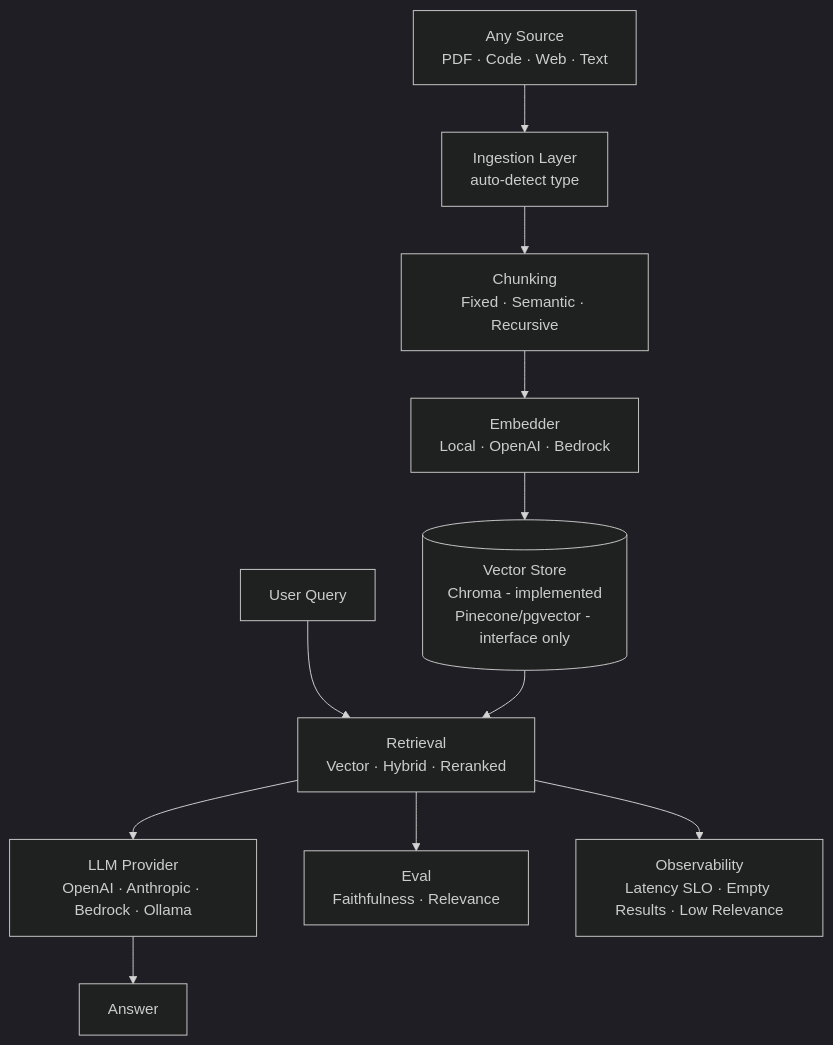
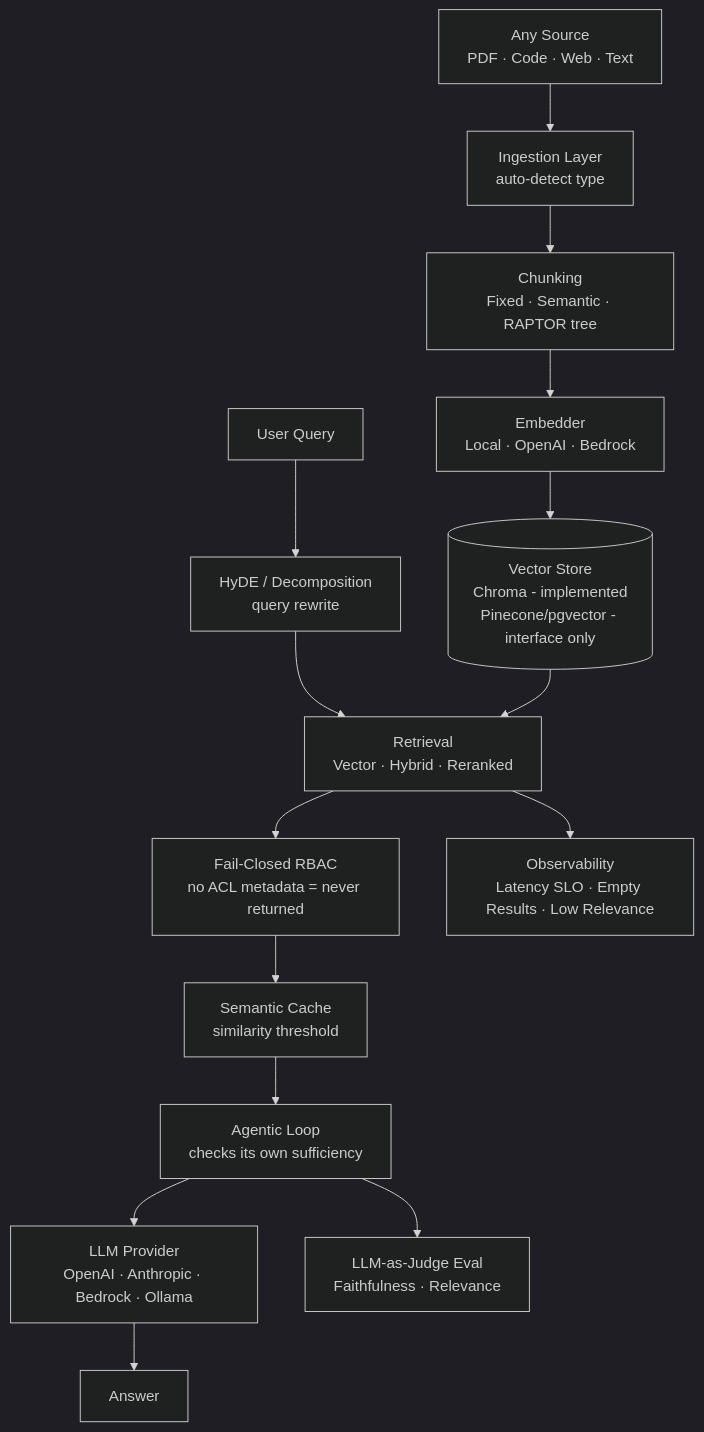
Before and after one commit to TushGoel/rag-patterns: the diagram in README.md, drawn with Mermaid (dark theme).

Commit message:
docs: update architecture diagram to include RAPTOR, HyDE, agentic loop, RBAC, semantic caching

````diff
--- a/README.md
+++ b/README.md
@@ -26,15 +26,20 @@
 ```mermaid
 graph TD
     A[Any Source\nPDF · Code · Web · Text] --> B[Ingestion Layer\nauto-detect type]
-    B --> C[Chunking\nFixed · Semantic · Recursive]
+    B --> C[Chunking\nFixed · Semantic · RAPTOR tree]
     C --> D[Embedder\nLocal · OpenAI · Bedrock]
     D --> E[(Vector Store\nChroma - implemented\nPinecone/pgvector - interface only)]
 
-    F[User Query] --> G[Retrieval\nVector · Hybrid · Reranked]
+    F[User Query] --> F2[HyDE / Decomposition\nquery rewrite]
+    F2 --> G[Retrieval\nVector · Hybrid · Reranked]
     E --> G
-    G --> H[LLM Provider\nOpenAI · Anthropic · Bedrock · Ollama]
+    G --> RBAC[Fail-Closed RBAC\nno ACL metadata = never returned]
+    RBAC --> CACHE[Semantic Cache\nsimilarity threshold]
+    CACHE --> AGENT[Agentic Loop\nchecks its own sufficiency]
+    AGENT --> H[LLM Provider\nOpenAI · Anthropic · Bedrock · Ollama]
     H --> I[Answer]
 
-    G --> J[Eval\nFaithfulness · Relevance]
+    AGENT --> J[LLM-as-Judge Eval\nFaithfulness · Relevance]
     G --> K[Observability\nLatency SLO · Empty Results · Low Relevance]
+
 ```
````
